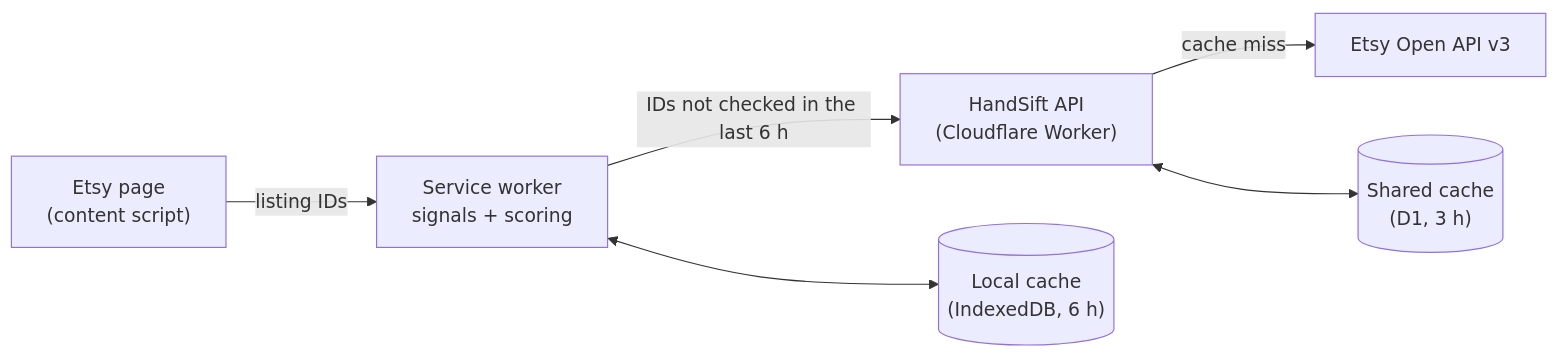
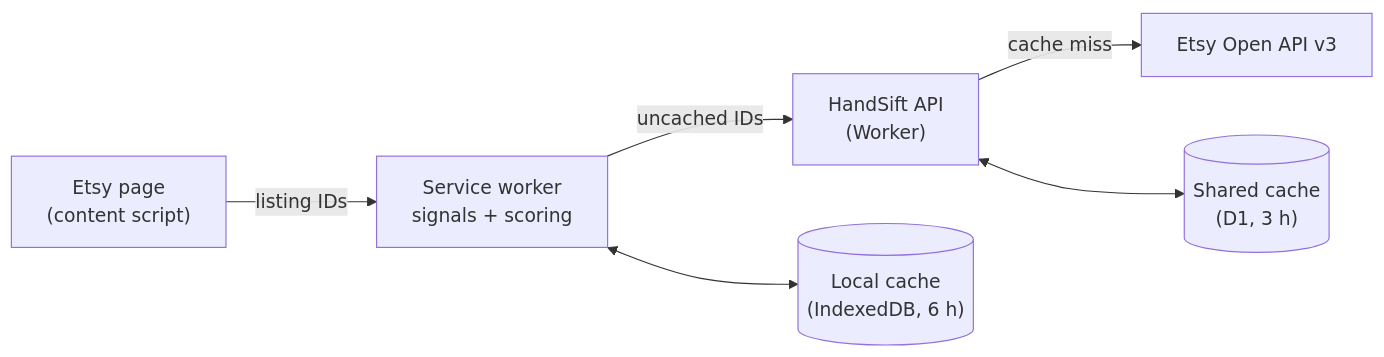
Before and after one commit to Djang27/HandSift: the diagram in README.md, drawn with Mermaid. The commit also changed other lines of this file and 1 other file, not shown here.

Commit message:
README: shorter dev commands, simpler diagram labels; plan updated

````diff
--- a/README.md
+++ b/README.md
@@ -66,8 +66,8 @@
 ```mermaid
 flowchart LR
   page["Etsy page<br/>(content script)"] -- "listing IDs" --> sw["Service worker<br/>signals + scoring"]
-  sw -- "IDs not checked in the last 6 h" --> api["HandSift API<br/>(Cloudflare Worker)"]
+  sw -- "uncached IDs" --> api["HandSift API<br/>(Worker)"]
   api -- "cache miss" --> etsy["Etsy Open API v3"]
   api <--> d1[("Shared cache<br/>(D1, 3 h)")]
   sw <--> local[("Local cache<br/>(IndexedDB, 6 h)")]
 ```
````
